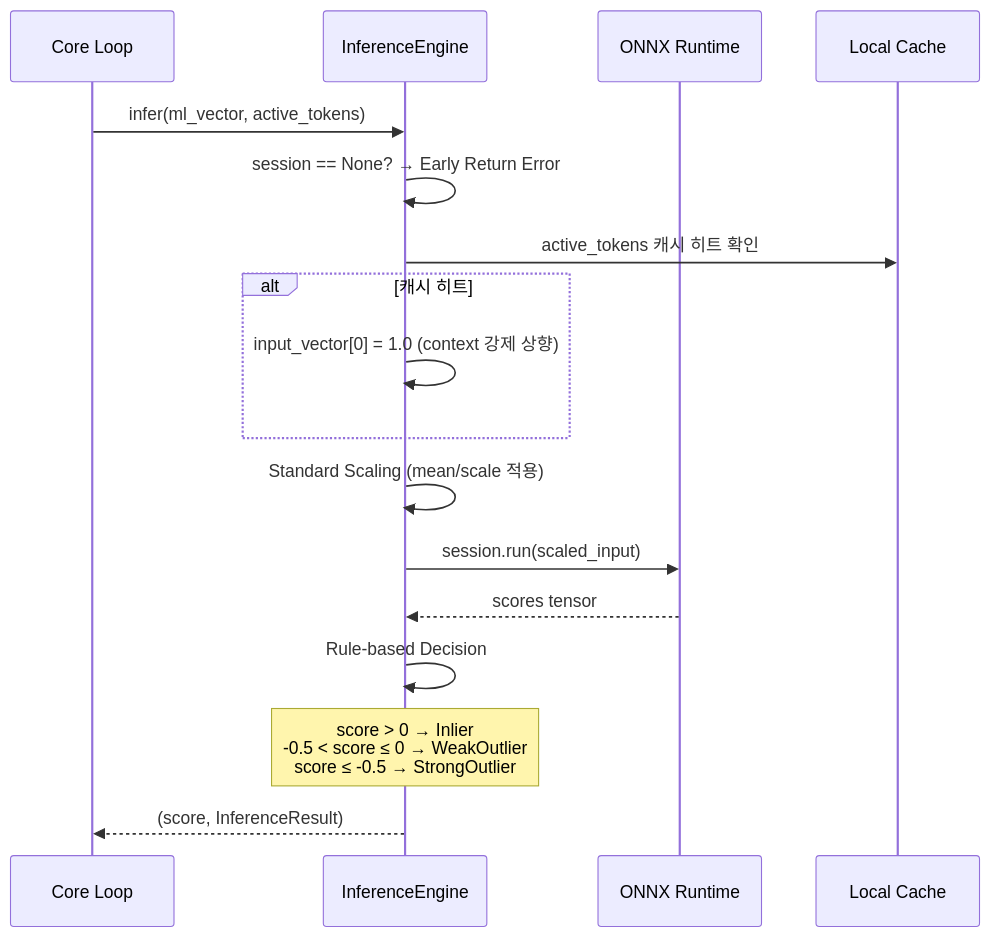
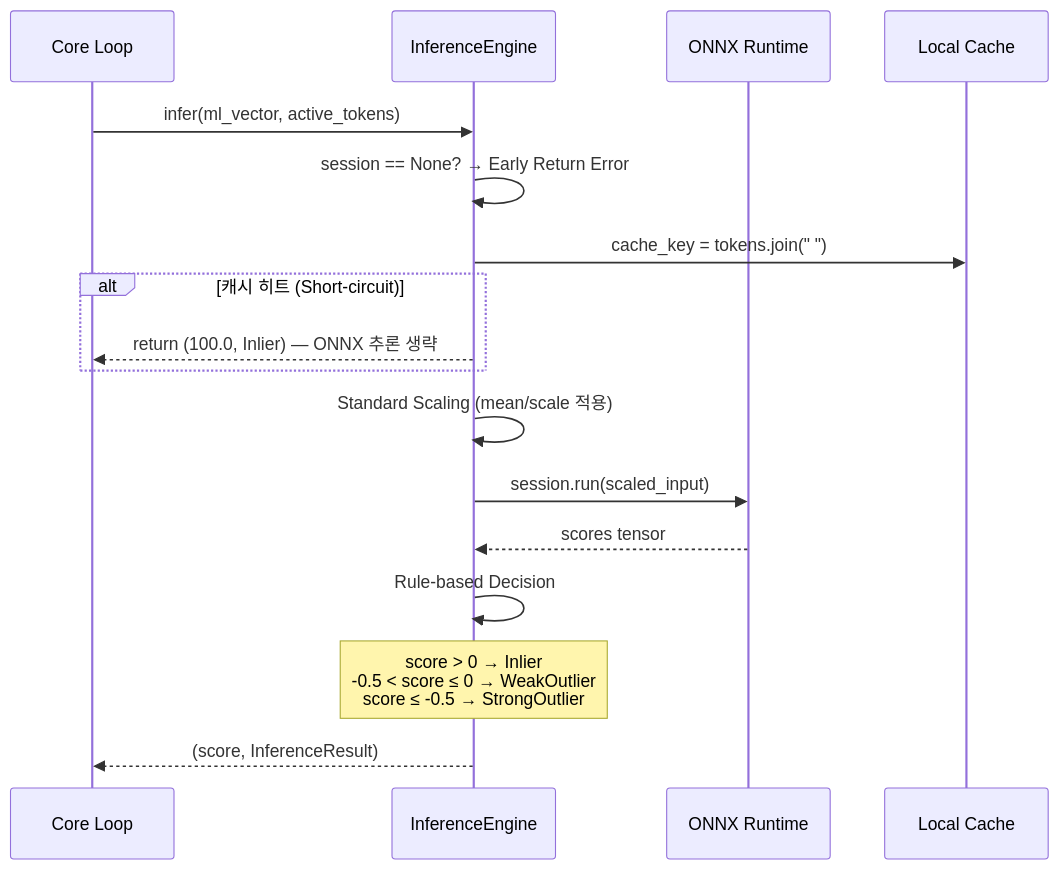
The second of 5 diagrams in desktop-agent/docs/02-backend/ai.md (igoobo/Force-Focus), drawn with Mermaid before and after one commit. The commit also changed other lines of this file and 13 other files, not shown here.

````diff
--- a/desktop-agent/docs/02-backend/ai.md
+++ b/desktop-agent/docs/02-backend/ai.md
@@ -91,23 +89,23 @@
 ```mermaid
 sequenceDiagram
     participant CL as Core Loop
     participant IE as InferenceEngine
     participant ONNX as ONNX Runtime
     participant CACHE as Local Cache
 
     CL->>IE: infer(ml_vector, active_tokens)
     IE->>IE: session == None? → Early Return Error
 
-    IE->>CACHE: active_tokens 캐시 히트 확인
-    alt 캐시 히트
-        IE->>IE: input_vector[0] = 1.0 (context 강제 상향)
+    IE->>CACHE: cache_key = tokens.join(" ")
+    alt 캐시 히트 (Short-circuit)
+        IE-->>CL: return (100.0, Inlier) — ONNX 추론 생략
     end
 
     IE->>IE: Standard Scaling (mean/scale 적용)
     IE->>ONNX: session.run(scaled_input)
     ONNX-->>IE: scores tensor
     IE->>IE: Rule-based Decision
     Note over IE: score > 0 → Inlier<br/>-0.5 < score ≤ 0 → WeakOutlier<br/>score ≤ -0.5 → StrongOutlier
 
     IE-->>CL: (score, InferenceResult)
 ```
````
